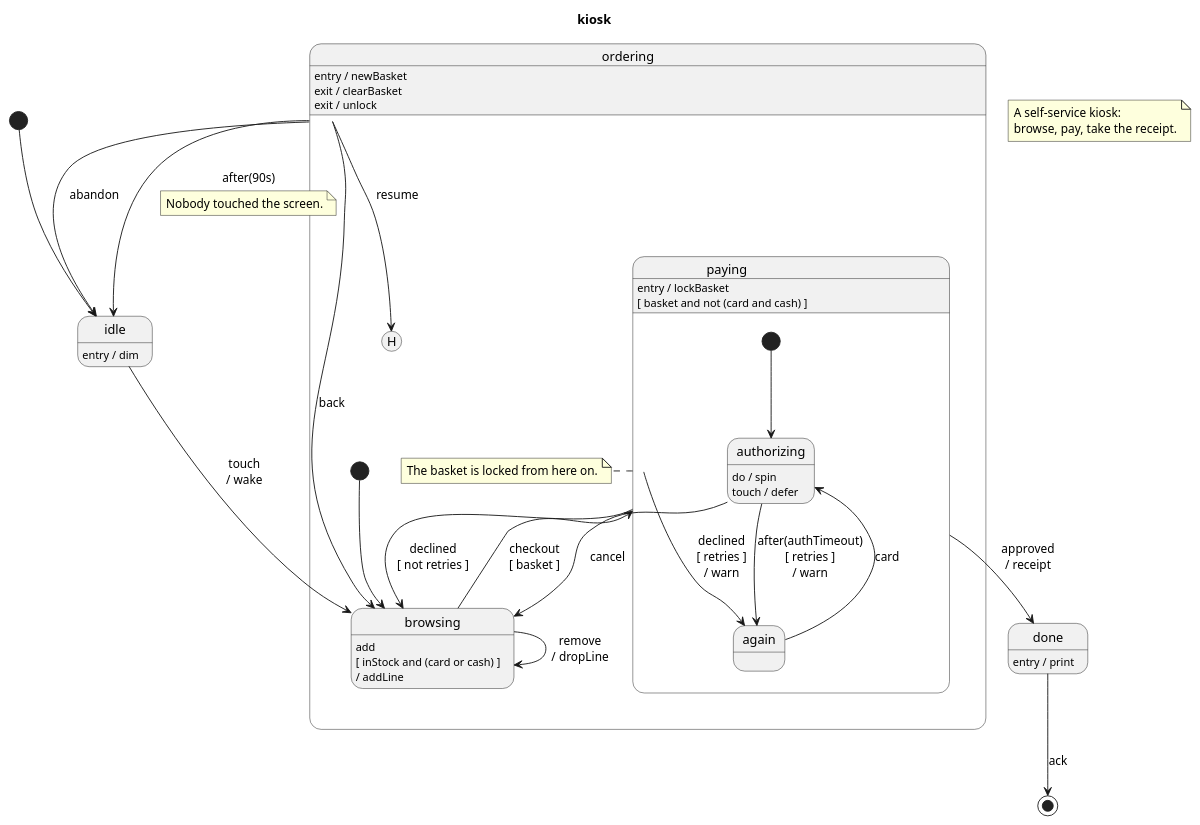
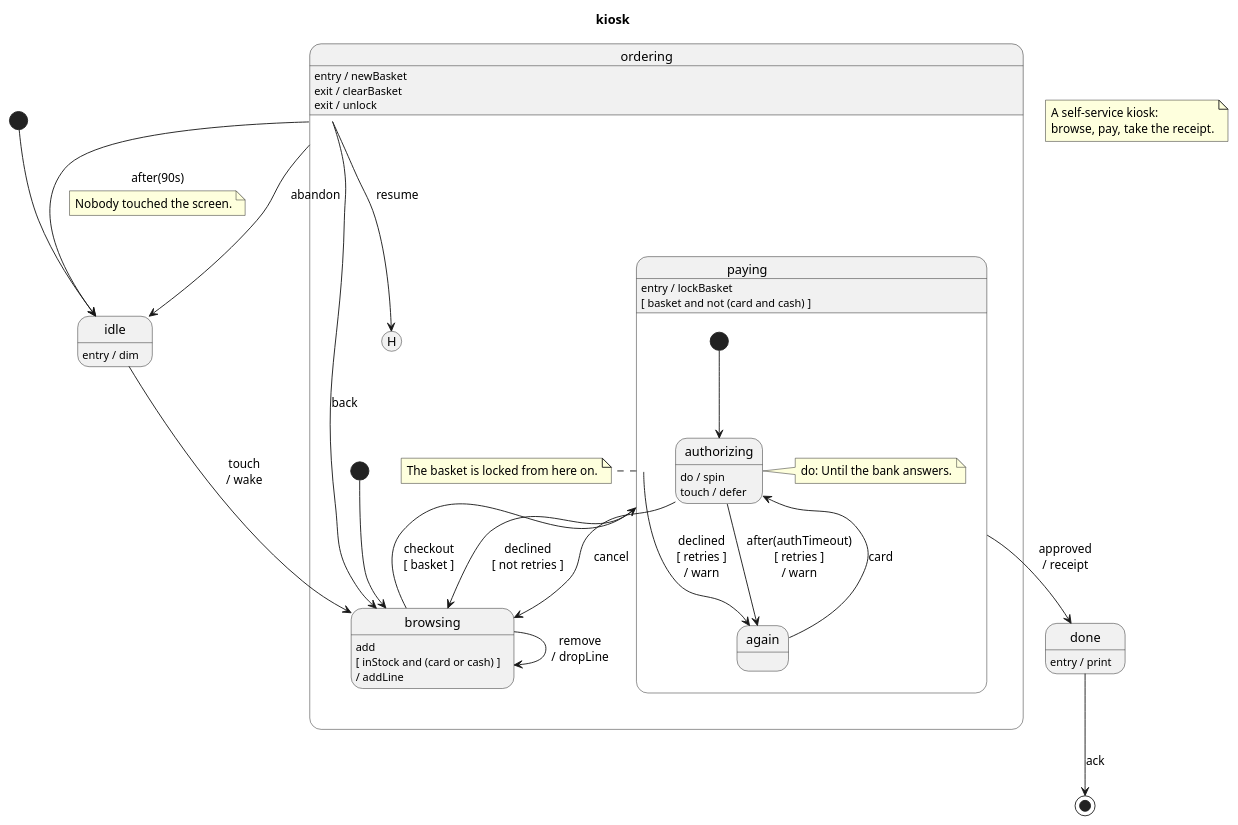
The diagram in example/kiosk.puml (vincedupuis/transplantUML), drawn with PlantUML before and after one commit. The commit also changed 14 other files, not shown here.

```diff
--- a/example/kiosk.puml
+++ b/example/kiosk.puml
@@ -1,47 +1,48 @@
 @startuml
 title kiosk
 note as machineNote
     A self-service kiosk:
     browse, pay, take the receipt.
 end note
 [*] --> idle
 state idle
 idle : entry / dim
 state ordering {
     [*] --> browsing
     state browsing
     state paying {
         [*] --> authorizing
         state authorizing
         authorizing : do / spin
         authorizing : touch / defer
+        note right of authorizing : do: Until the bank answers.
         state again
         authorizing --> again: after(authTimeout)\n[ retries ]\n/ warn
         again --> authorizing: card
     }
     paying : entry / lockBasket
     paying : [ basket and not (card and cash) ]
     note right of paying : The basket is locked from here on.
     state "ordering.H" as ordering_H <<history>>
     browsing : add\n[ inStock and (card or cash) ]\n/ addLine
     browsing --> browsing: remove\n/ dropLine
     browsing --> paying: checkout\n[ basket ]
     paying --> again: declined\n[ retries ]\n/ warn
     paying --> browsing: declined\n[ not retries ]
     authorizing --> browsing: cancel
 }
 ordering : entry / newBasket
 ordering : exit / clearBasket
 ordering : exit / unlock
 state done
 done : entry / print
 state final <<end>>
 idle --> browsing: touch\n/ wake
 ordering --> idle: abandon
 ordering --> idle: after(90s)
 note on link : Nobody touched the screen.
 ordering --> ordering_H: resume
 ordering --> browsing: back
 paying --> done: approved\n/ receipt
 done --> final: ack
 @enduml
```
